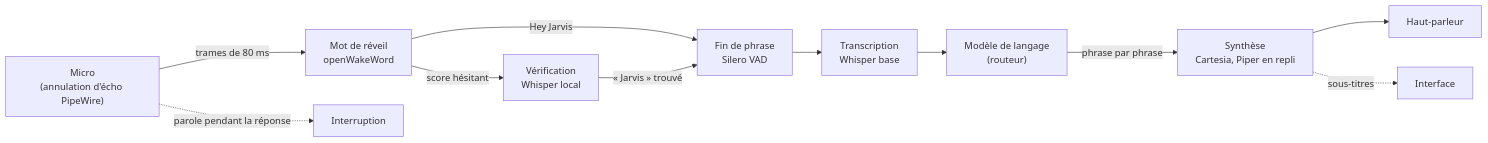
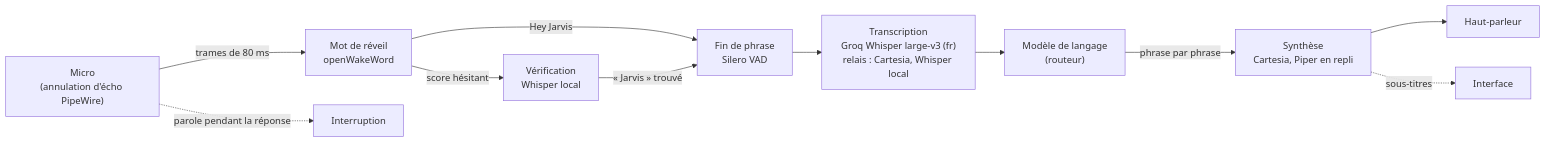
The third of 4 diagrams in docs/architecture.md (Dxne-Dev/jarvis), drawn with Mermaid before and after one commit. The commit also changed other lines of this file and 7 other files, not shown here.

First line of the commit message:
docs: phase 3 « Jarvis agit » (journal, sécurité, architecture, décisions)

````diff
--- a/docs/architecture.md
+++ b/docs/architecture.md
@@ -57,13 +57,13 @@
 ```mermaid
 flowchart LR
   Mic["Micro<br/>(annulation d'écho PipeWire)"] -- "trames de 80 ms" --> W["Mot de réveil<br/>openWakeWord"]
   W -- "score hésitant" --> V["Vérification<br/>Whisper local"]
   W -- "Hey Jarvis" --> D["Fin de phrase<br/>Silero VAD"]
   V -- "« Jarvis » trouvé" --> D
-  D --> S["Transcription<br/>Whisper base"]
+  D --> S["Transcription<br/>Groq Whisper large-v3 (fr)<br/>relais : Cartesia, Whisper local"]
   S --> L["Modèle de langage<br/>(routeur)"]
   L -- "phrase par phrase" --> T["Synthèse<br/>Cartesia, Piper en repli"]
   T --> HP["Haut-parleur"]
   T -. "sous-titres" .-> UI["Interface"]
   Mic -. "parole pendant la réponse" .-> X["Interruption"]
 ```
````
